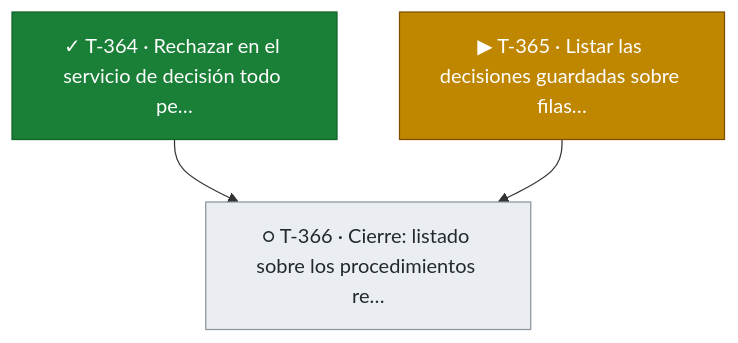
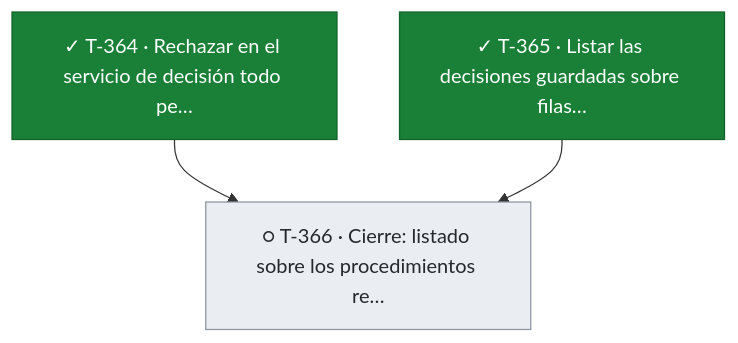
Before and after one commit to snavello/EVALUON: diagram 27 of 27 in docs/tablero.md, drawn with Mermaid. The commit also changed other lines of this file and 1 other file, not shown here.

Commit message:
gestión: T-365 terminada (listado de decisiones sobre filas técnicas); tablero

````diff
--- a/docs/tablero.md
+++ b/docs/tablero.md
@@ -2041,13 +2041,13 @@
 ```mermaid
 flowchart TD
   T364["✓ T-364 · Rechazar en el servicio de decisión todo pe…"]:::done
-  T365["▶ T-365 · Listar las decisiones guardadas sobre filas…"]:::active
+  T365["✓ T-365 · Listar las decisiones guardadas sobre filas…"]:::done
   T366["○ T-366 · Cierre: listado sobre los procedimientos re…"]:::todo
   T364 --> T366
   T365 --> T366
   classDef done fill:#1a7f37,stroke:#116329,color:#ffffff
   classDef review fill:#0969da,stroke:#0550ae,color:#ffffff
   classDef active fill:#bf8700,stroke:#7d4e00,color:#ffffff
   classDef blocked fill:#cf222e,stroke:#a40e26,color:#ffffff
   classDef todo fill:#eaeef2,stroke:#8c959f,color:#24292f
 ```
````
